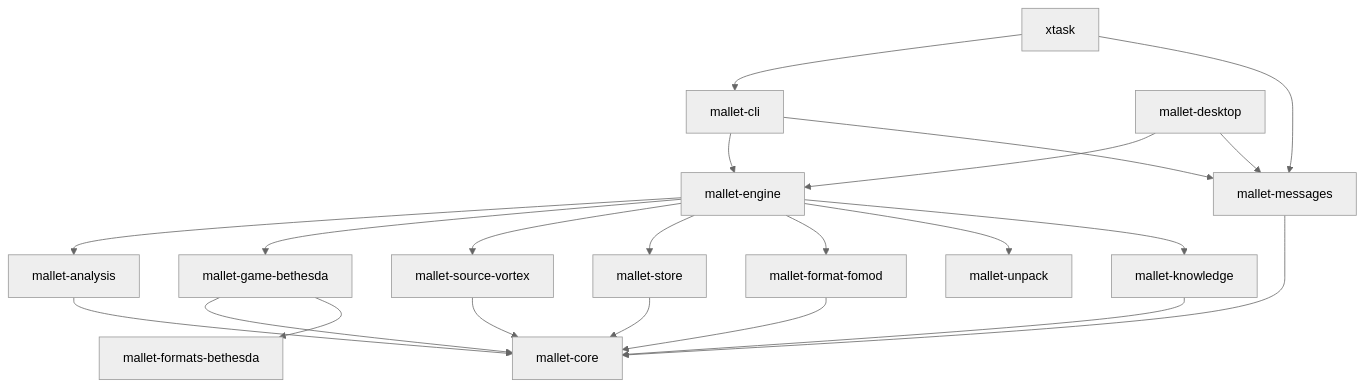
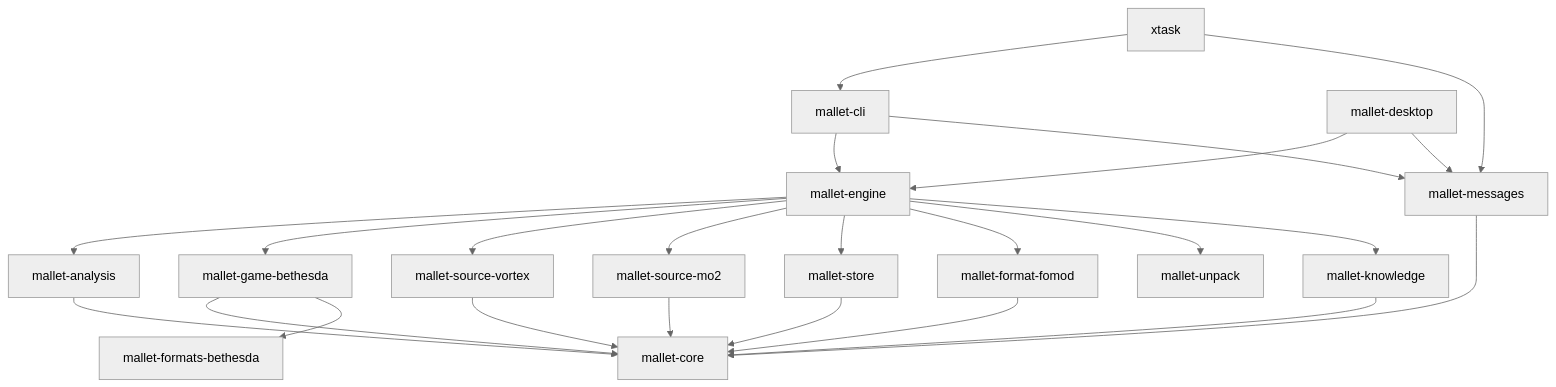
The diagram in docs/src/architecture/crates.md (kayjix/mod-mallet), drawn with Mermaid (neutral theme) before and after one commit. The commit also changed other lines of this file and 5 other files, not shown here.

````diff
--- a/docs/src/architecture/crates.md
+++ b/docs/src/architecture/crates.md
@@ -7,29 +7,31 @@
 ```mermaid
 flowchart TD
     cli[mallet-cli] --> engine
     desktop[mallet-desktop] --> engine
     cli --> messages
     desktop --> messages
     xtask --> cli
     xtask --> messages
 
     engine[mallet-engine] --> analysis
     engine --> game
     engine --> vortex
+    engine --> mo2
     engine --> store
     engine --> fomod
     engine --> unpack
     engine --> knowledge
 
     analysis[mallet-analysis] --> core
     game[mallet-game-bethesda] --> core
     game --> formats[mallet-formats-bethesda]
     fomod[mallet-format-fomod] --> core
     unpack[mallet-unpack]
     vortex[mallet-source-vortex] --> core
+    mo2[mallet-source-mo2] --> core
     knowledge[mallet-knowledge] --> core
     store[mallet-store] --> core
     messages[mallet-messages] --> core
 
     core[mallet-core]
 ```
````
